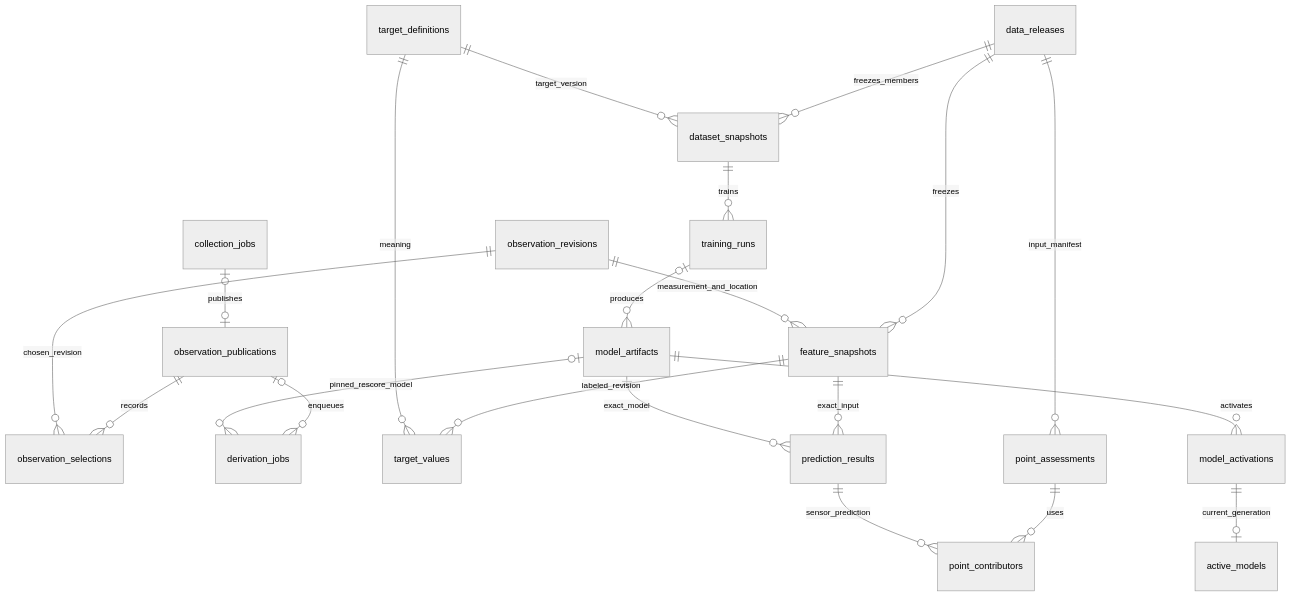
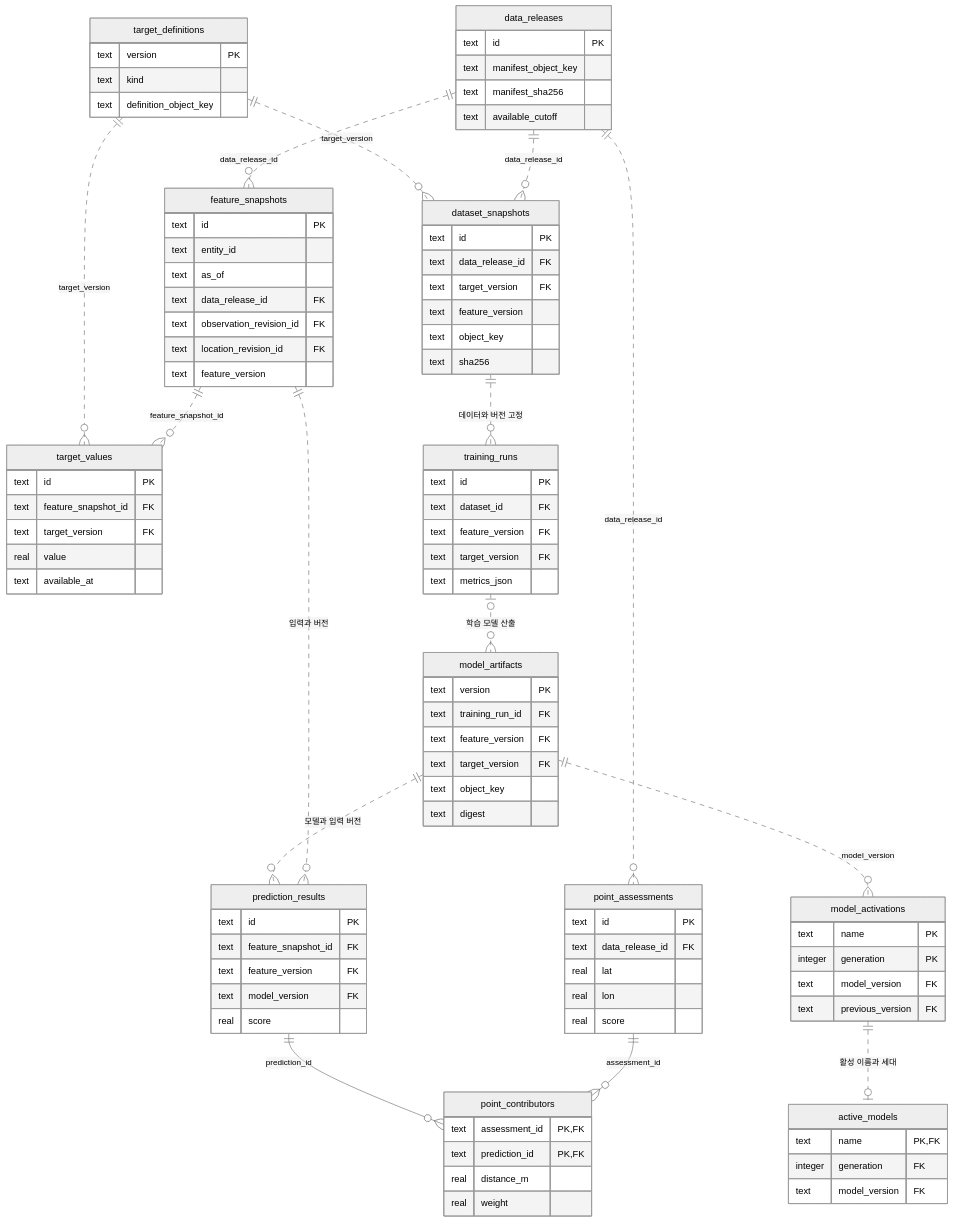
Before and after one commit to roberYM11/safenight: the second of 2 diagrams in docs/database-structure.md, drawn with Mermaid (neutral theme). The commit also changed other lines of this file and 4 other files, not shown here.

Commit message:
Connect original pipeline diagrams to database ERDs

````diff
--- a/docs/database-structure.md
+++ b/docs/database-structure.md
@@ -46,23 +95,98 @@
 ```mermaid
 erDiagram
-    collection_jobs o|--o| observation_publications : publishes
-    observation_publications ||--o{ observation_selections : records
-    observation_revisions ||--o{ observation_selections : chosen_revision
-    observation_publications o|--o{ derivation_jobs : enqueues
-    model_artifacts o|--o{ derivation_jobs : pinned_rescore_model
-    data_releases ||--o{ feature_snapshots : freezes
-    observation_revisions ||--o{ feature_snapshots : measurement_and_location
-    feature_snapshots ||--o{ target_values : labeled_revision
-    target_definitions ||--o{ target_values : meaning
-    data_releases ||--o{ dataset_snapshots : freezes_members
-    target_definitions ||--o{ dataset_snapshots : target_version
-    dataset_snapshots ||--o{ training_runs : trains
-    training_runs o|--o{ model_artifacts : produces
-    model_artifacts ||--o{ model_activations : activates
-    model_activations ||--o| active_models : current_generation
-    feature_snapshots ||--o{ prediction_results : exact_input
-    model_artifacts ||--o{ prediction_results : exact_model
-    data_releases ||--o{ point_assessments : input_manifest
-    point_assessments ||--o{ point_contributors : uses
-    prediction_results ||--o{ point_contributors : sensor_prediction
+    data_releases ||..o{ feature_snapshots : data_release_id
+    data_releases ||..o{ dataset_snapshots : data_release_id
+    feature_snapshots ||..o{ target_values : feature_snapshot_id
+    target_definitions ||..o{ target_values : target_version
+    target_definitions ||..o{ dataset_snapshots : target_version
+    dataset_snapshots ||..o{ training_runs : "데이터와 버전 고정"
+    training_runs |o..o{ model_artifacts : "학습 모델 산출"
+    model_artifacts ||..o{ model_activations : model_version
+    model_activations ||..o| active_models : "활성 이름과 세대"
+    feature_snapshots ||..o{ prediction_results : "입력과 버전"
+    model_artifacts ||..o{ prediction_results : "모델과 입력 버전"
+    data_releases ||..o{ point_assessments : data_release_id
+    point_assessments ||--o{ point_contributors : assessment_id
+    prediction_results ||--o{ point_contributors : prediction_id
+    data_releases {
+        text id PK
+        text manifest_object_key
+        text manifest_sha256
+        text available_cutoff
+    }
+    feature_snapshots {
+        text id PK
+        text entity_id
+        text as_of
+        text data_release_id FK
+        text observation_revision_id FK
+        text location_revision_id FK
+        text feature_version
+    }
+    target_definitions {
+        text version PK
+        text kind
+        text definition_object_key
+    }
+    target_values {
+        text id PK
+        text feature_snapshot_id FK
+        text target_version FK
+        real value
+        text available_at
+    }
+    dataset_snapshots {
+        text id PK
+        text data_release_id FK
+        text target_version FK
+        text feature_version
+        text object_key
+        text sha256
+    }
+    training_runs {
+        text id PK
+        text dataset_id FK
+        text feature_version FK
+        text target_version FK
+        text metrics_json
+    }
+    model_artifacts {
+        text version PK
+        text training_run_id FK
+        text feature_version FK
+        text target_version FK
+        text object_key
+        text digest
+    }
+    model_activations {
+        text name PK
+        integer generation PK
+        text model_version FK
+        text previous_version FK
+    }
+    active_models {
+        text name PK, FK
+        integer generation FK
+        text model_version FK
+    }
+    prediction_results {
+        text id PK
+        text feature_snapshot_id FK
+        text feature_version FK
+        text model_version FK
+        real score
+    }
+    point_assessments {
+        text id PK
+        text data_release_id FK
+        real lat
+        real lon
+        real score
+    }
+    point_contributors {
+        text assessment_id PK, FK
+        text prediction_id PK, FK
+        real distance_m
+        real weight
+    }
 ```
````
